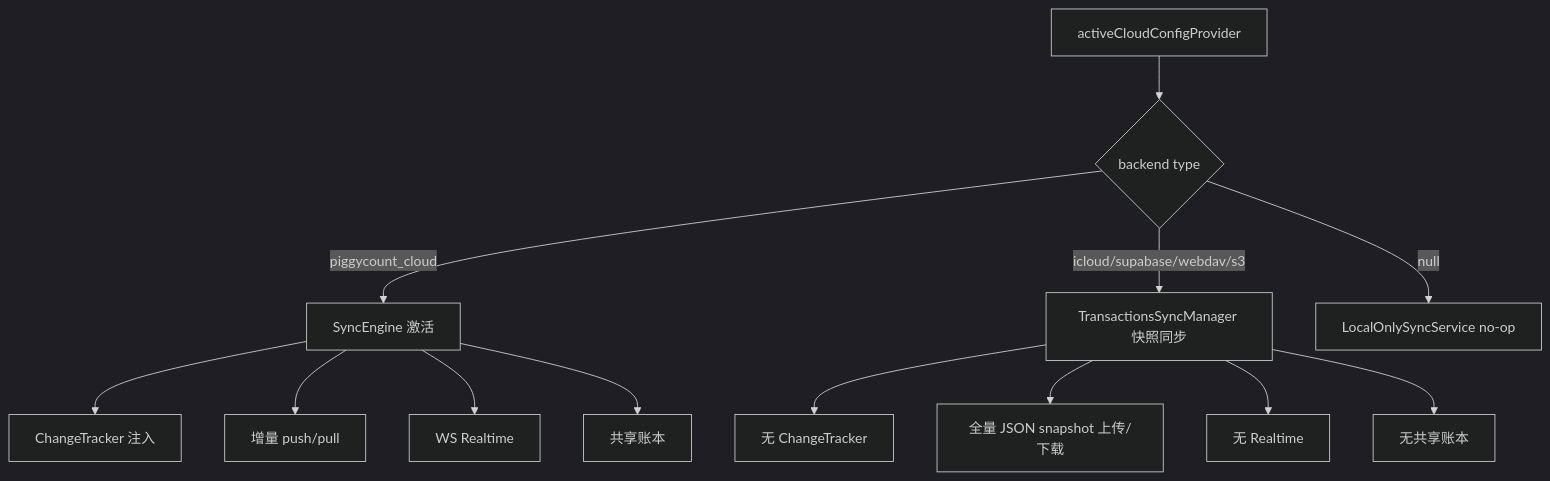
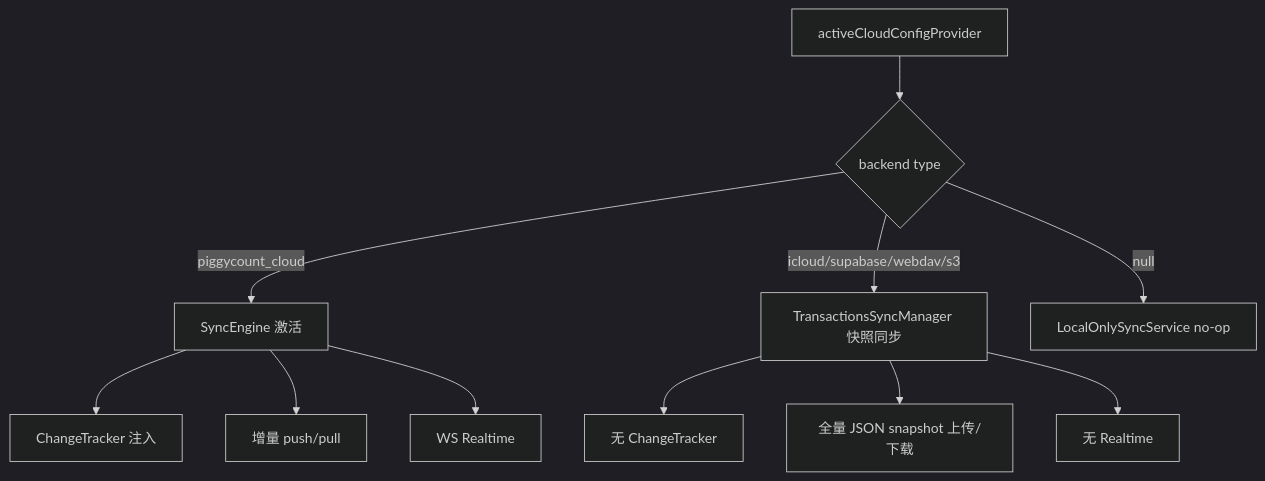
Before and after one commit to mecoren/PiggyCount: the second of 9 diagrams in docoments/06-data-sync-and-offline.md, drawn with Mermaid (dark theme). The commit also changed other lines of this file and 11 other files, not shown here.

````diff
--- a/docoments/06-data-sync-and-offline.md
+++ b/docoments/06-data-sync-and-offline.md
@@ -144,17 +140,15 @@
 ```mermaid
 flowchart TD
     A[activeCloudConfigProvider] --> B{backend type}
     B -->|piggycount_cloud| C[SyncEngine 激活]
     B -->|icloud/supabase/webdav/s3| D[TransactionsSyncManager 快照同步]
     B -->|null| E[LocalOnlySyncService no-op]
 
     C --> F[ChangeTracker 注入]
     C --> G[增量 push/pull]
     C --> H[WS Realtime]
-    C --> I[共享账本]
 
     D --> J[无 ChangeTracker]
     D --> K[全量 JSON snapshot 上传/下载]
     D --> L[无 Realtime]
-    D --> M[无共享账本]
 ```
````
